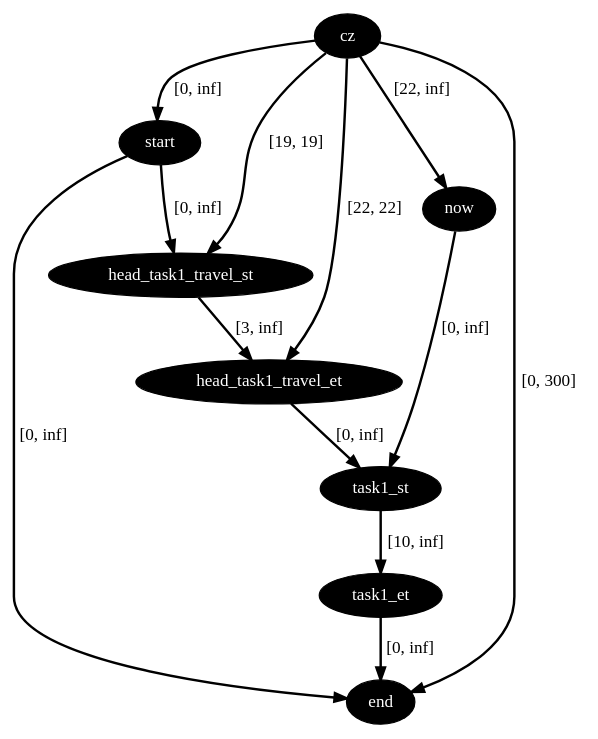
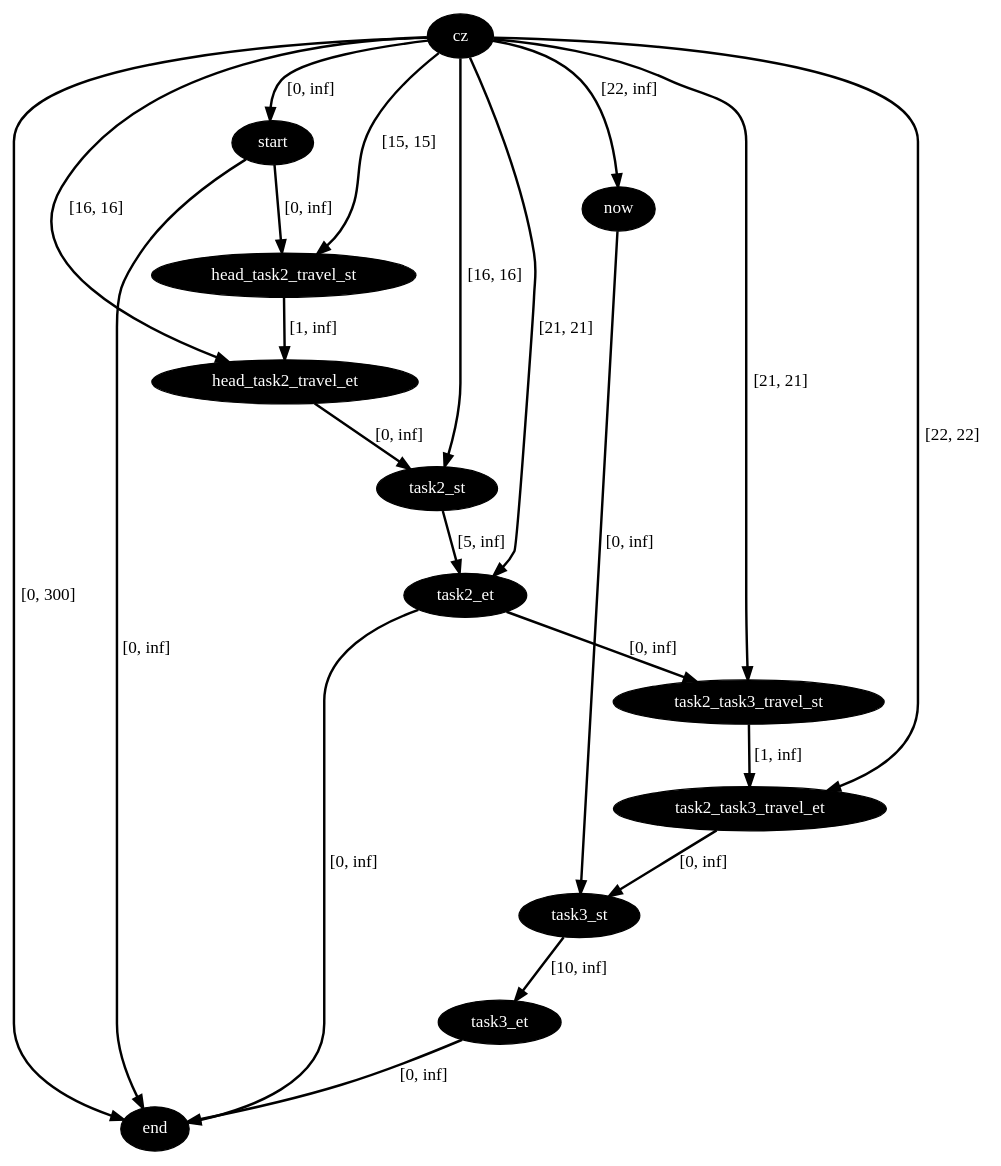
The diagram in data/dot_files/agent_stn_1_t_22.dot (gkasha/maae), drawn with Graphviz before and after one commit. The commit also changed 477 other files, not shown here.

```diff
--- a/data/dot_files/agent_stn_1_t_22.dot
+++ b/data/dot_files/agent_stn_1_t_22.dot
@@ -1,22 +1,35 @@
 digraph plan {
 0[label="cz",style=filled,fillcolor=black,fontcolor=white];
 1[label="start",style=filled,fillcolor=black,fontcolor=white];
 2[label="now",style=filled,fillcolor=black,fontcolor=white];
 3[label="end",style=filled,fillcolor=black,fontcolor=white];
-7[label="head_task1_travel_st",style=filled,fillcolor=black,fontcolor=white];
-8[label="head_task1_travel_et",style=filled,fillcolor=black,fontcolor=white];
-9[label="task1_st",style=filled,fillcolor=black,fontcolor=white];
-10[label="task1_et",style=filled,fillcolor=black,fontcolor=white];
+7[label="head_task2_travel_st",style=filled,fillcolor=black,fontcolor=white];
+8[label="head_task2_travel_et",style=filled,fillcolor=black,fontcolor=white];
+9[label="task2_st",style=filled,fillcolor=black,fontcolor=white];
+10[label="task2_et",style=filled,fillcolor=black,fontcolor=white];
+17[label="task3_st",style=filled,fillcolor=black,fontcolor=white];
+18[label="task3_et",style=filled,fillcolor=black,fontcolor=white];
+22[label="task2_task3_travel_st",style=filled,fillcolor=black,fontcolor=white];
+23[label="task2_task3_travel_et",style=filled,fillcolor=black,fontcolor=white];
 "0"->"1"[label="[0, inf]",penwidth=2,color=black];
 "0"->"3"[label="[0, 300]",penwidth=2,color=black];
-"7"->"8"[label="[3, inf]",penwidth=2,color=black];
-"0"->"8"[label="[22, 22]",penwidth=2,color=black];
+"7"->"8"[label="[1, inf]",penwidth=2,color=black];
+"0"->"8"[label="[16, 16]",penwidth=2,color=black];
 "1"->"7"[label="[0, inf]",penwidth=2,color=black];
-"0"->"7"[label="[19, 19]",penwidth=2,color=black];
+"0"->"7"[label="[15, 15]",penwidth=2,color=black];
 "0"->"2"[label="[22, inf]",penwidth=2,color=black];
-"2"->"9"[label="[0, inf]",penwidth=2,color=black];
+"2"->"17"[label="[0, inf]",penwidth=2,color=black];
 "1"->"3"[label="[0, inf]",penwidth=2,color=black];
+"0"->"10"[label="[21, 21]",penwidth=2,color=black];
 "10"->"3"[label="[0, inf]",penwidth=2,color=black];
-"9"->"10"[label="[10, inf]",penwidth=2,color=black];
+"0"->"9"[label="[16, 16]",penwidth=2,color=black];
+"22"->"23"[label="[1, inf]",penwidth=2,color=black];
+"0"->"23"[label="[22, 22]",penwidth=2,color=black];
+"10"->"22"[label="[0, inf]",penwidth=2,color=black];
+"0"->"22"[label="[21, 21]",penwidth=2,color=black];
+"9"->"10"[label="[5, inf]",penwidth=2,color=black];
 "8"->"9"[label="[0, inf]",penwidth=2,color=black];
+"18"->"3"[label="[0, inf]",penwidth=2,color=black];
+"17"->"18"[label="[10, inf]",penwidth=2,color=black];
+"23"->"17"[label="[0, inf]",penwidth=2,color=black];
 }
```
